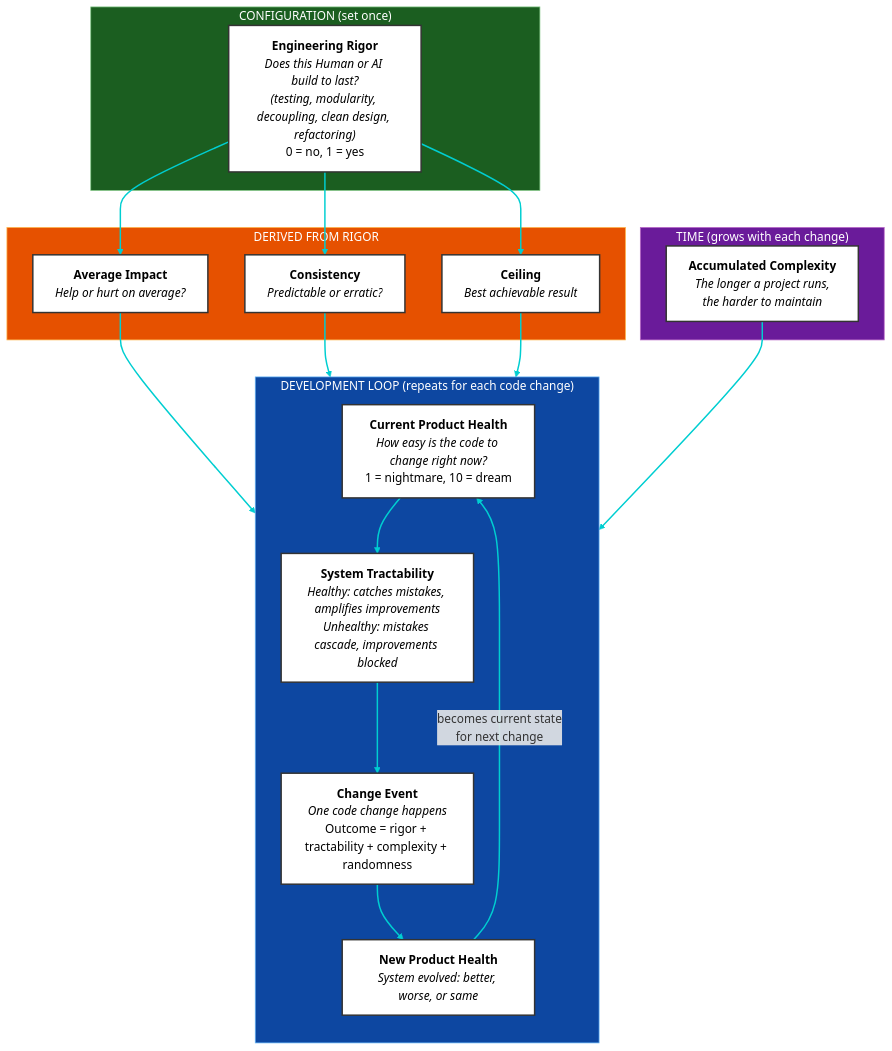
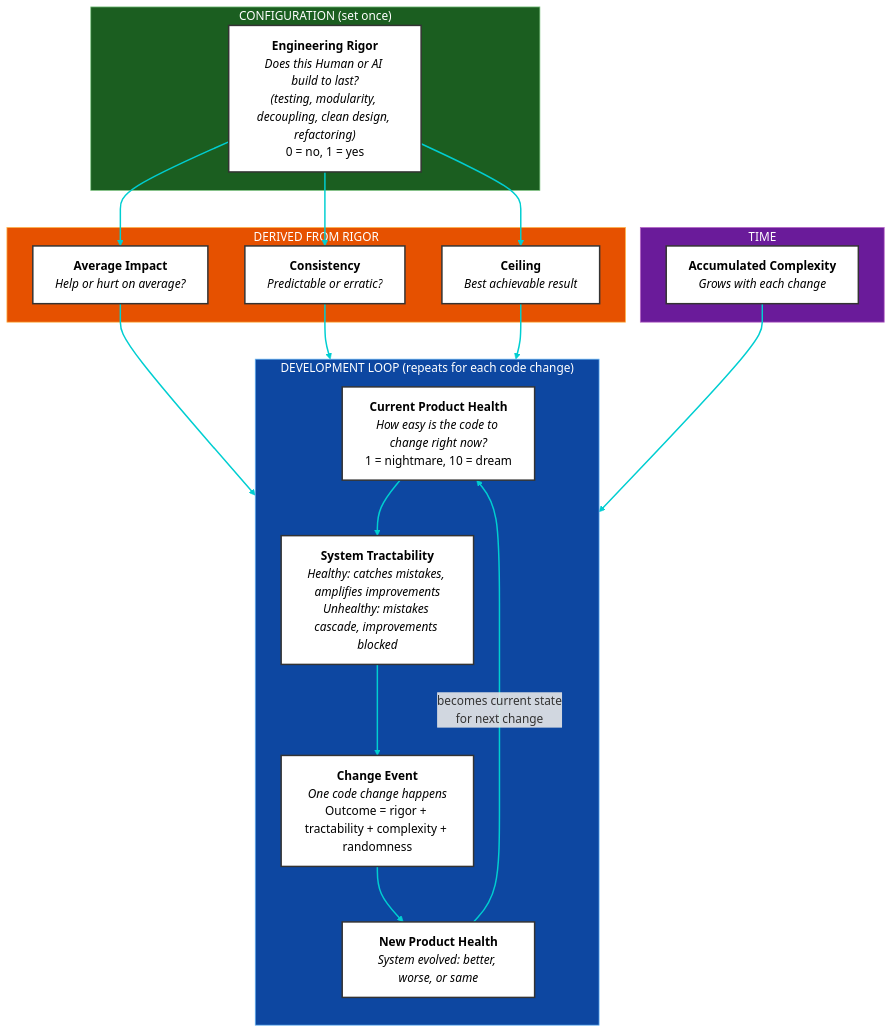
The diagram in README.md (dawid-dahl-umain/product-health-dynamics), drawn with Mermaid before and after one commit.

Commit message:
docs: update 'TIME' subgraph in README to clarify the description of accumulated complexity and its growth with each change

````diff
--- a/README.md
+++ b/README.md
@@ -67,49 +67,49 @@
 ```mermaid
 flowchart TB
     subgraph config ["CONFIGURATION (set once)"]
         ER["<b>Engineering Rigor</b><br/><i>Does this Human or AI build to last?</i><br/><i>(testing, modularity, decoupling, clean design, refactoring)</i><br/>0 = no, 1 = yes"]
     end
 
     subgraph derived ["DERIVED FROM RIGOR"]
         BI["<b>Average Impact</b><br/><i>Help or hurt on average?</i>"]
         BS["<b>Consistency</b><br/><i>Predictable or erratic?</i>"]
         MH["<b>Ceiling</b><br/><i>Best achievable result</i>"]
     end
 
-    subgraph time ["TIME (grows with each change)"]
-        AC["<b>Accumulated Complexity</b><br/><i>The longer a project runs,</i><br/><i>the harder to maintain</i>"]
+    subgraph time ["TIME"]
+        AC["<b>Accumulated Complexity</b><br/><i>Grows with each change</i>"]
     end
 
     subgraph loop ["DEVELOPMENT LOOP (repeats for each code change)"]
         direction TB
 
         PH["<b>Current Product Health</b><br/><i>How easy is the code to change right now?</i><br/>1 = nightmare, 10 = dream"]
 
         SS["<b>System Tractability</b><br/><i>Healthy: catches mistakes, amplifies improvements</i><br/><i>Unhealthy: mistakes cascade, improvements blocked</i>"]
 
         CE["<b>Change Event</b><br/><i>One code change happens</i><br/>Outcome = rigor + tractability + complexity + randomness"]
 
         NPH["<b>New Product Health</b><br/><i>System evolved: better, worse, or same</i>"]
 
         PH --> SS
         SS --> CE
         CE --> NPH
         NPH -->|"becomes current state<br/>for next change"| PH
     end
 
     ER --> BI & BS & MH
     BI & BS & MH --> CE
     AC --> CE
 
     %% Styling
     style config fill:#1b5e20,stroke:#81c784,color:#fff
     style derived fill:#e65100,stroke:#ffb74d,color:#fff
     style time fill:#6a1b9a,stroke:#ba68c8,color:#fff
     style loop fill:#0d47a1,stroke:#64b5f6,color:#fff
 
     classDef nodeStyle fill:#fff,stroke:#333,color:#000,stroke-width:2px
     class ER,PH,BI,BS,MH,SS,AC,CE,NPH nodeStyle
 
     linkStyle default stroke:#00ced1,stroke-width:2px
 
 ```
````
